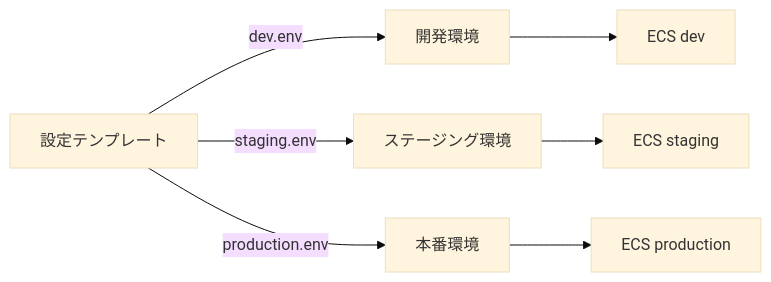
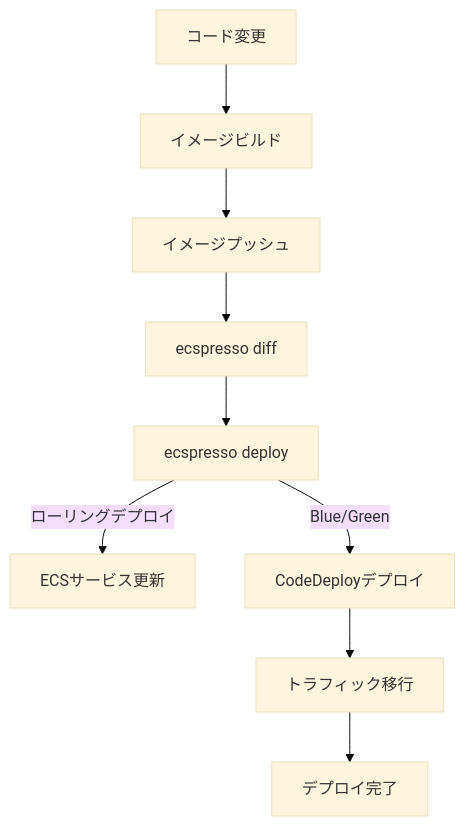
Before and after one commit to bufferings/devin-docs: the diagram in ecspresso/quickstart/use-cases.md, drawn with Mermaid (base theme). The commit also changed other lines of this file and 31 other files, not shown here.

````diff
--- a/ecspresso/quickstart/use-cases.md
+++ b/ecspresso/quickstart/use-cases.md
@@ -81,9 +86,11 @@
 ```mermaid
-graph LR
-    A[設定テンプレート] --> |dev.env| B[開発環境]
-    A --> |staging.env| C[ステージング環境]
-    A --> |production.env| D[本番環境]
-    B --> E[ECS dev]
-    C --> F[ECS staging]
-    D --> G[ECS production]
+graph TD
+  A[コード変更] --> B[イメージビルド]
+  B --> C[イメージプッシュ]
+  C --> D[ecspresso diff]
+  D --> E[ecspresso deploy]
+  E -->|ローリングデプロイ| F[ECSサービス更新]
+  E -->|Blue/Green| G[CodeDeployデプロイ]
+  G --> H[トラフィック移行]
+  H --> I[デプロイ完了]
 ```
````
